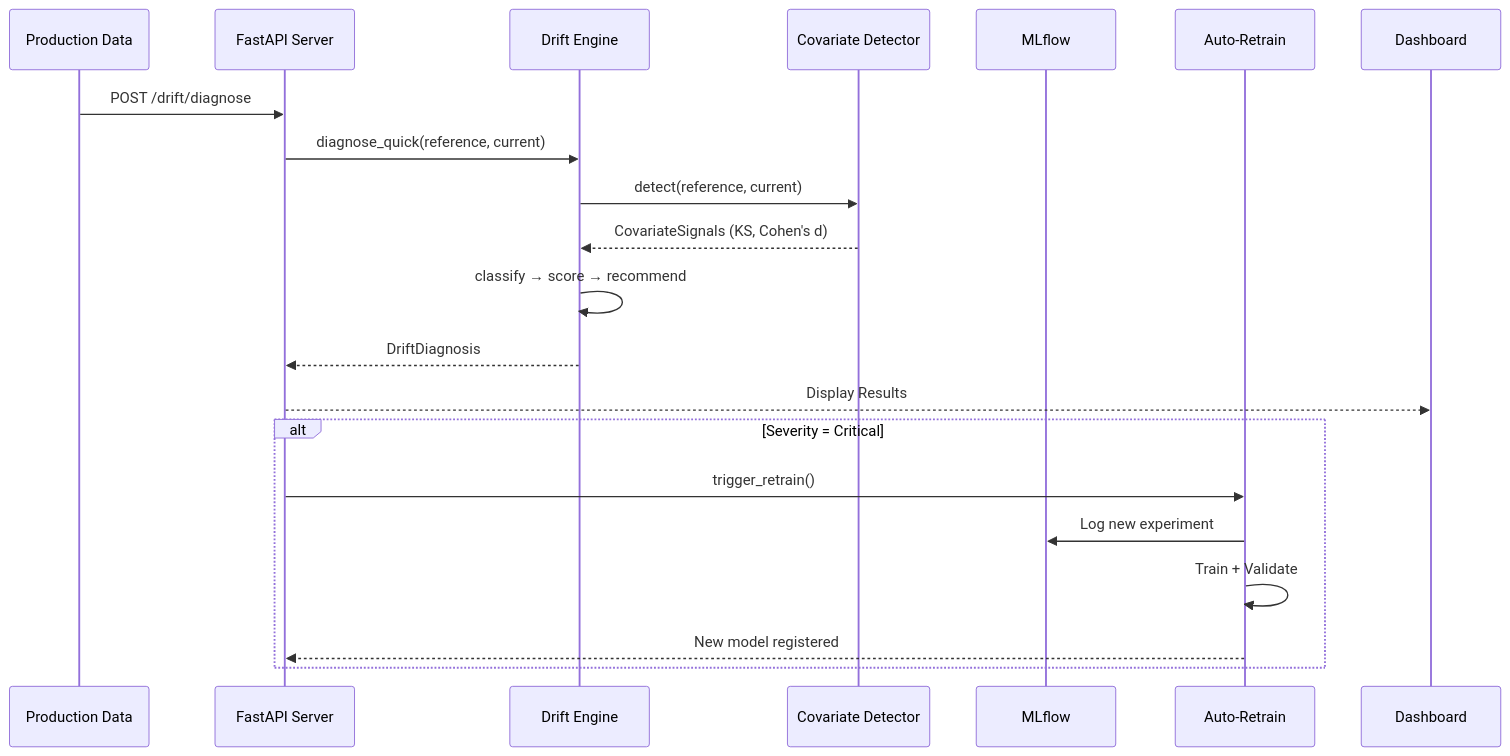
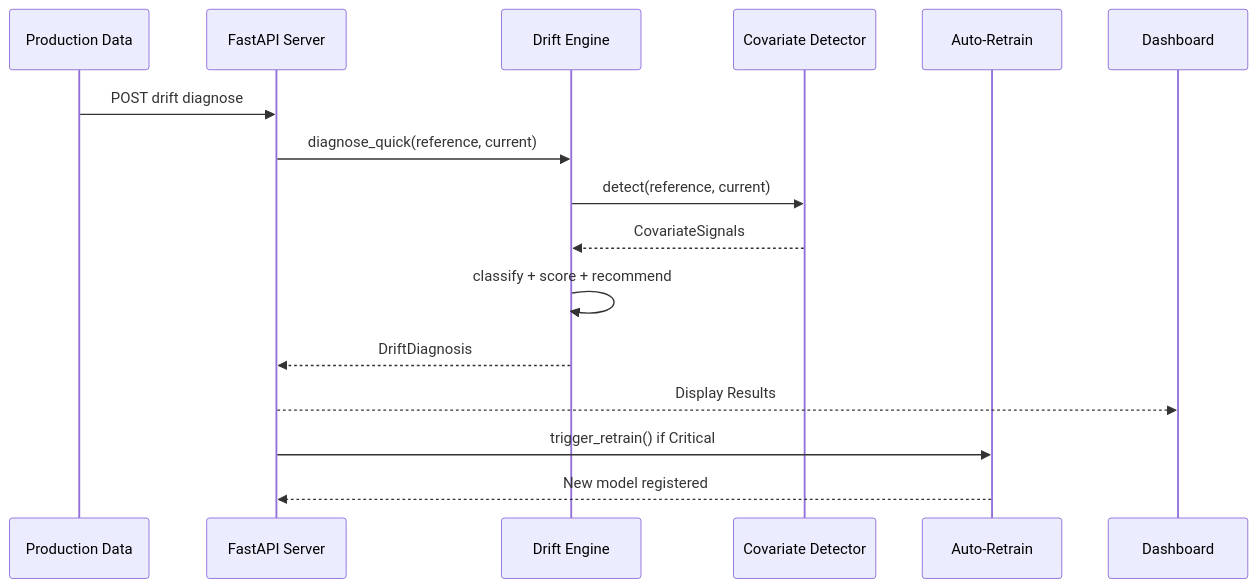
The third of 7 diagrams in README.md (sheriff786/drift-taxonomy-engine), drawn with Mermaid before and after one commit. The commit also changed other lines of this file and 1 other file, not shown here.

````diff
--- a/README.md
+++ b/README.md
@@ -151,25 +137,19 @@
 ```mermaid
 sequenceDiagram
     participant P as Production Data
     participant API as FastAPI Server
     participant DE as Drift Engine
     participant CD as Covariate Detector
-    participant ML as MLflow
     participant AR as Auto-Retrain
     participant DB as Dashboard
 
-    P->>API: POST /drift/diagnose
+    P->>API: POST drift diagnose
     API->>DE: diagnose_quick(reference, current)
     DE->>CD: detect(reference, current)
-    CD-->>DE: CovariateSignals (KS, Cohen's d)
-    DE->>DE: classify → score → recommend
+    CD-->>DE: CovariateSignals
+    DE->>DE: classify + score + recommend
     DE-->>API: DriftDiagnosis
     API-->>DB: Display Results
-    
-    alt Severity = Critical
-        API->>AR: trigger_retrain()
-        AR->>ML: Log new experiment
-        AR->>AR: Train + Validate
-        AR-->>API: New model registered
-    end
+    API->>AR: trigger_retrain() if Critical
+    AR-->>API: New model registered
 ```
````
